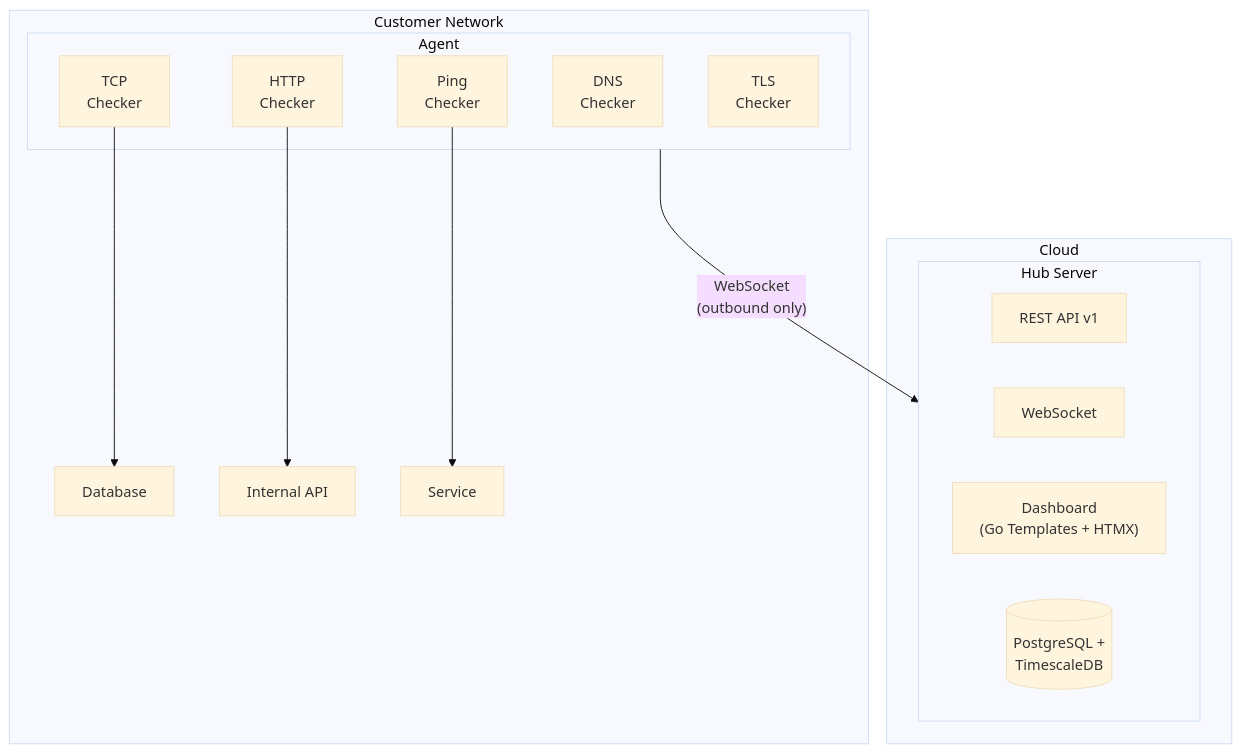
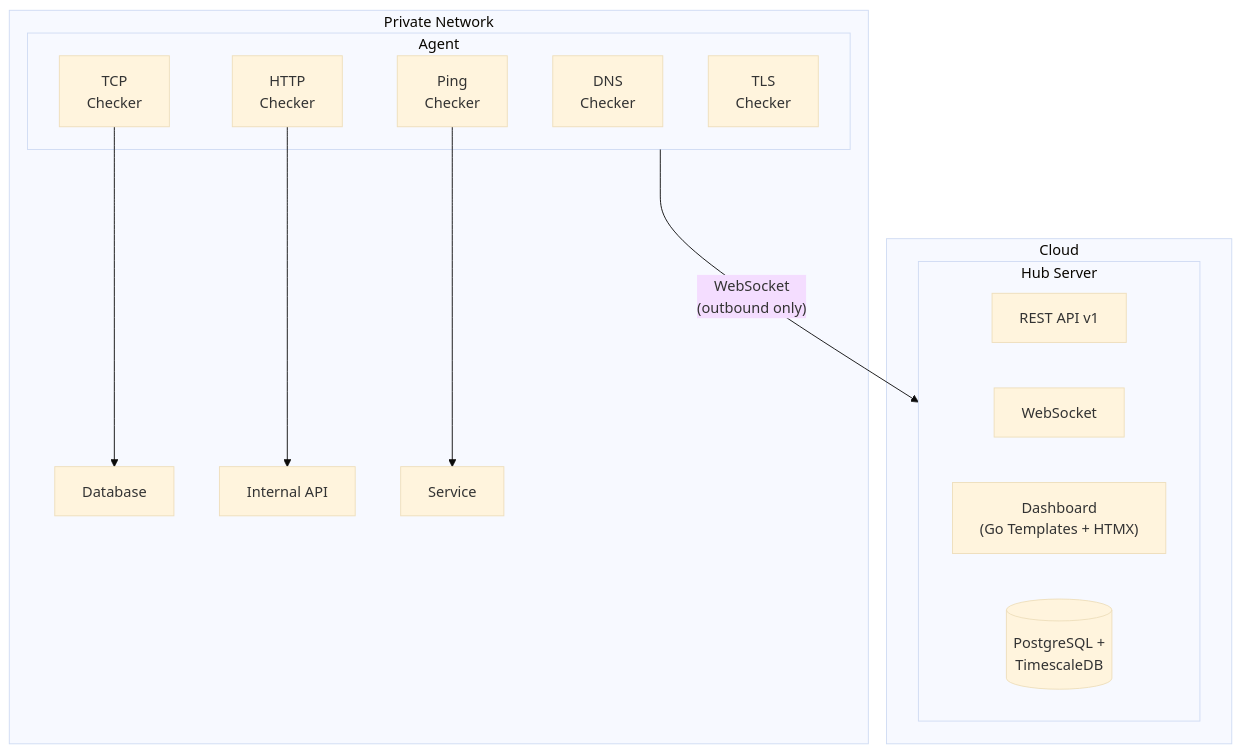
Before and after one commit to sylvester-francis/Watchdog: the second of 2 diagrams in README.md, drawn with Mermaid (base theme). The commit also changed other lines of this file and 20 other files, not shown here.

````diff
--- a/README.md
+++ b/README.md
@@ -72,29 +72,29 @@
 ```mermaid
 graph TB
     subgraph Cloud
         subgraph Hub["Hub Server"]
             API["REST API v1"]
             WS["WebSocket"]
             Dash["Dashboard<br/>(Go Templates + HTMX)"]
             DB[("PostgreSQL +<br/>TimescaleDB")]
         end
     end
 
-    subgraph Net["Customer Network"]
+    subgraph Net["Private Network"]
         subgraph Agent
             HTTP["HTTP<br/>Checker"]
             TCP["TCP<br/>Checker"]
             Ping["Ping<br/>Checker"]
             DNS["DNS<br/>Checker"]
             TLS["TLS<br/>Checker"]
         end
         T1["Database"]
         T2["Internal API"]
         T3["Service"]
     end
 
     Agent -- "WebSocket<br/>(outbound only)" --> Hub
     HTTP --> T2
     TCP --> T1
     Ping --> T3
 ```
````
